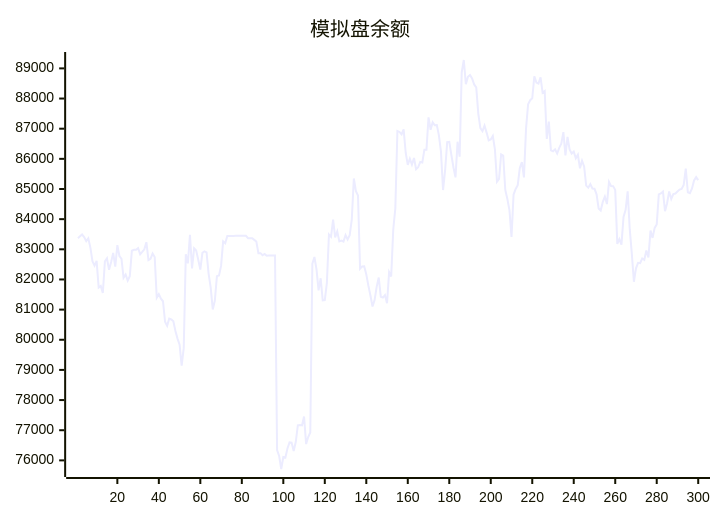
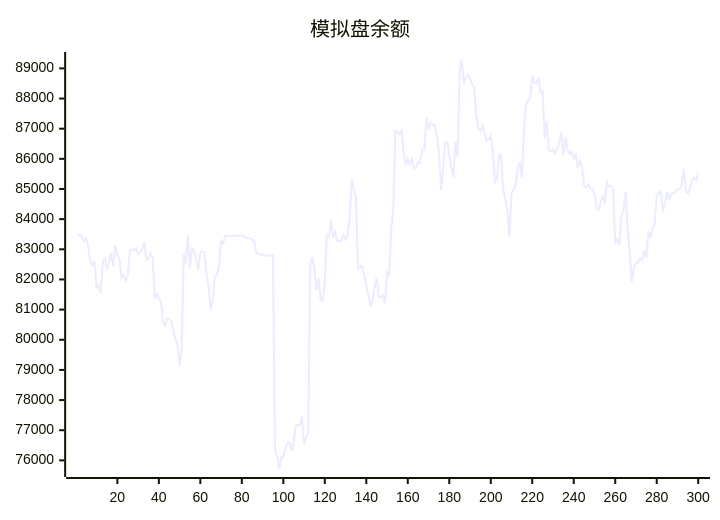
Before and after one commit to aahl/ai-trading: the diagram in README.md, drawn with Mermaid. The commit also changed other lines of this file and 1 other file, not shown here.

````diff
--- a/README.md
+++ b/README.md
@@ -5,5 +5,5 @@
 ```mermaid
 xychart
     title "模拟盘余额"
-    line [83369,83430,83490,83404,83270,83362,83056,82605,82459,82614,81734,81788,81551,82598,82702,82320,82580,82878,82426,83139,82778,82686,82056,82166,81963,82110,82951,82983,82984,83038,82838,82915,82998,83235,82642,82682,82858,82746,81396,81512,81362,81277,80600,80461,80699,80673,80616,80288,80038,79836,79142,79722,82837,82533,83480,82366,83032,82960,82654,82330,82883,82934,82901,82188,81728,81005,81298,82110,82135,82449,83264,83203,83440,83439,83440,83440,83446,83447,83448,83447,83448,83449,83369,83369,83369,83313,83256,82872,82873,82801,82844,82785,82791,82791,82793,82794,76339,76145,75714,76110,76096,76397,76594,76585,76310,76607,77160,77170,77160,77456,76541,76774,76927,82520,82744,82337,81639,82040,81307,81314,81887,83490,83414,83984,83396,83594,83261,83287,83253,83470,83327,83465,83987,85348,84930,84786,82355,82433,82438,82167,81795,81466,81105,81315,81756,82064,81426,81398,81481,81210,82242,82099,83658,84359,86925,86892,86814,86980,86203,85802,86003,85811,86028,85657,85721,85896,85880,86300,86299,87378,86965,87214,87115,87118,86780,86238,84966,85623,86555,86562,86129,85722,85387,86569,86070,88870,89278,88477,88720,88781,88668,88467,88372,87493,87018,86917,87102,86870,86613,86644,86758,86317,85242,85334,86149,86106,84968,84671,84302,83410,84816,85001,85127,85693,85891,85384,87001,87811,87945,88007,88734,88528,88495,88705,88189,88248,86662,87234,86279,86251,86314,86177,86364,86503,86886,86114,86731,86310,86176,86240,86017,86136,85685,85938,85749,85111,85044,85164,85016,85008,84824,84354,84287,84572,84745,84500,85234,85096,85095,84970,83180,83338,83157,84070,84309,84922,83667,82850,81924,82369,82552,82539,82695,82648,82962,82728,83619,83378,83710,83825,84819,84854,84917,84265,84527,84919,84668,84834,84850,84916,84981,85004,85131,85674,84891,84864,85019,85284,85393,85294]
+    line [83430,83490,83404,83270,83362,83056,82605,82459,82614,81734,81788,81551,82598,82702,82320,82580,82878,82426,83139,82778,82686,82056,82166,81963,82110,82951,82983,82984,83038,82838,82915,82998,83235,82642,82682,82858,82746,81396,81512,81362,81277,80600,80461,80699,80673,80616,80288,80038,79836,79142,79722,82837,82533,83480,82366,83032,82960,82654,82330,82883,82934,82901,82188,81728,81005,81298,82110,82135,82449,83264,83203,83440,83439,83440,83440,83446,83447,83448,83447,83448,83449,83369,83369,83369,83313,83256,82872,82873,82801,82844,82785,82791,82791,82793,82794,76339,76145,75714,76110,76096,76397,76594,76585,76310,76607,77160,77170,77160,77456,76541,76774,76927,82520,82744,82337,81639,82040,81307,81314,81887,83490,83414,83984,83396,83594,83261,83287,83253,83470,83327,83465,83987,85348,84930,84786,82355,82433,82438,82167,81795,81466,81105,81315,81756,82064,81426,81398,81481,81210,82242,82099,83658,84359,86925,86892,86814,86980,86203,85802,86003,85811,86028,85657,85721,85896,85880,86300,86299,87378,86965,87214,87115,87118,86780,86238,84966,85623,86555,86562,86129,85722,85387,86569,86070,88870,89278,88477,88720,88781,88668,88467,88372,87493,87018,86917,87102,86870,86613,86644,86758,86317,85242,85334,86149,86106,84968,84671,84302,83410,84816,85001,85127,85693,85891,85384,87001,87811,87945,88007,88734,88528,88495,88705,88189,88248,86662,87234,86279,86251,86314,86177,86364,86503,86886,86114,86731,86310,86176,86240,86017,86136,85685,85938,85749,85111,85044,85164,85016,85008,84824,84354,84287,84572,84745,84500,85234,85096,85095,84970,83180,83338,83157,84070,84309,84922,83667,82850,81924,82369,82552,82539,82695,82648,82962,82728,83619,83378,83710,83825,84819,84854,84917,84265,84527,84919,84668,84834,84850,84916,84981,85004,85131,85674,84891,84864,85019,85284,85393,85294,85538]
 ```
````
